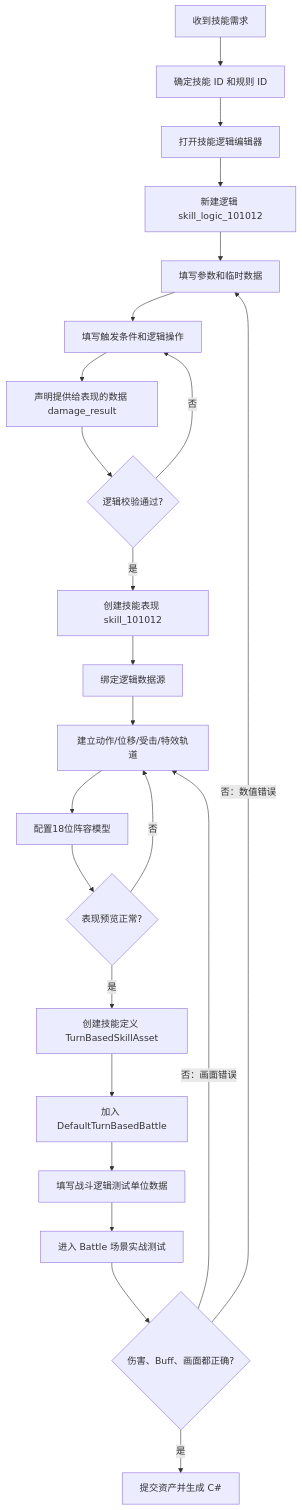
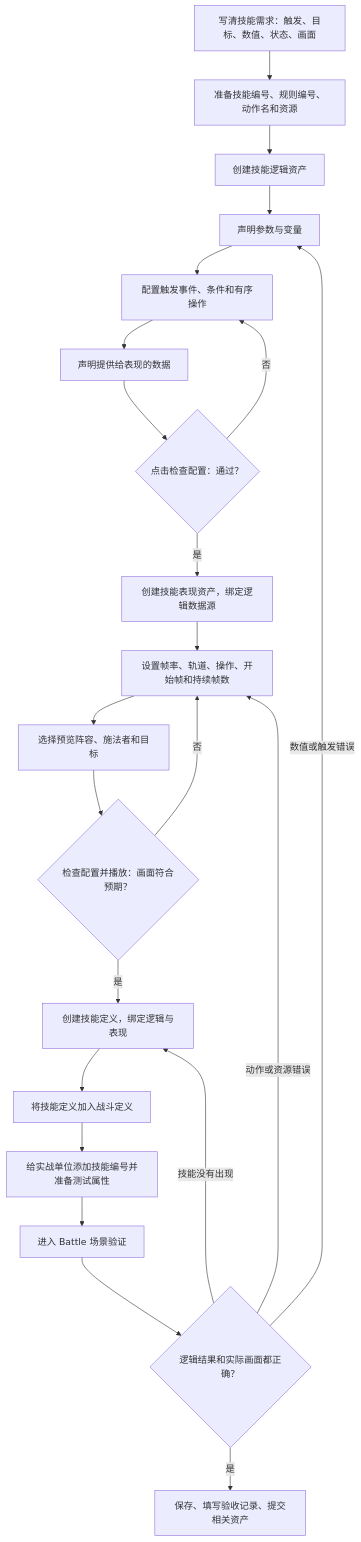
The first of 13 diagrams in Packages/LxyGame/LxyGame.Logic/Documentation~/TurnBasedSkillAuthoringGuide.md (liuxiuyang0926-bit/LxyProject), drawn with Mermaid before and after one commit. The commit also changed other lines of this file and 45 other files, not shown here.

````diff
--- a/Packages/LxyGame/LxyGame.Logic/Documentation~/TurnBasedSkillAuthoringGuide.md
+++ b/Packages/LxyGame/LxyGame.Logic/Documentation~/TurnBasedSkillAuthoringGuide.md
@@ -28,25 +59,24 @@
-```mermaid
+~~~mermaid
 flowchart TD
-    A[收到技能需求] --> B[确定技能 ID 和规则 ID]
-    B --> C[打开技能逻辑编辑器]
-    C --> D[新建逻辑 skill_logic_101012]
-    D --> E[填写参数和临时数据]
-    E --> F[填写触发条件和逻辑操作]
-    F --> G[声明提供给表现的数据 damage_result]
-    G --> H{逻辑校验通过?}
-    H -- 否 --> F
-    H -- 是 --> I[创建技能表现 skill_101012]
-    I --> J[绑定逻辑数据源]
-    J --> K[建立动作/位移/受击/特效轨道]
-    K --> L[配置18位阵容模型]
-    L --> M{表现预览正常?}
-    M -- 否 --> K
-    M -- 是 --> N[创建技能定义 TurnBasedSkillAsset]
-    N --> O[加入 DefaultTurnBasedBattle]
-    O --> P[填写战斗逻辑测试单位数据]
-    P --> Q[进入 Battle 场景实战测试]
-    Q --> R{伤害、Buff、画面都正确?}
-    R -- 否：数值错误 --> E
-    R -- 否：画面错误 --> K
-    R -- 是 --> S[提交资产并生成 C#]
-```
+    A["写清技能需求：触发、目标、数值、状态、画面"] --> B["准备技能编号、规则编号、动作名和资源"]
+    B --> C["创建技能逻辑资产"]
+    C --> D["声明参数与变量"]
+    D --> E["配置触发事件、条件和有序操作"]
+    E --> F["声明提供给表现的数据"]
+    F --> G{"点击检查配置：通过？"}
+    G -- 否 --> E
+    G -- 是 --> H["创建技能表现资产，绑定逻辑数据源"]
+    H --> I["设置帧率、轨道、操作、开始帧和持续帧数"]
+    I --> J["选择预览阵容、施法者和目标"]
+    J --> K{"检查配置并播放：画面符合预期？"}
+    K -- 否 --> I
+    K -- 是 --> L["创建技能定义，绑定逻辑与表现"]
+    L --> M["将技能定义加入战斗定义"]
+    M --> N["给实战单位添加技能编号并准备测试属性"]
+    N --> O["进入 Battle 场景验证"]
+    O --> P{"逻辑结果和实际画面都正确？"}
+    P -- 数值或触发错误 --> D
+    P -- 动作或资源错误 --> I
+    P -- 技能没有出现 --> L
+    P -- 是 --> Q["保存、填写验收记录、提交相关资产"]
+~~~
````
